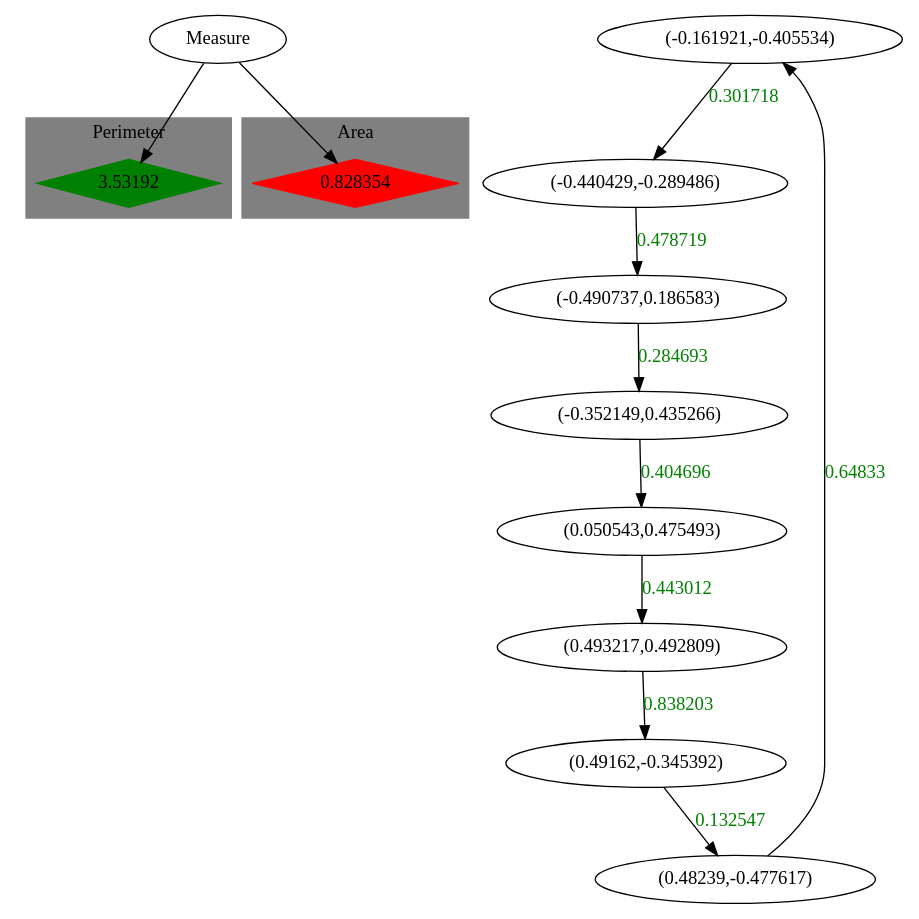
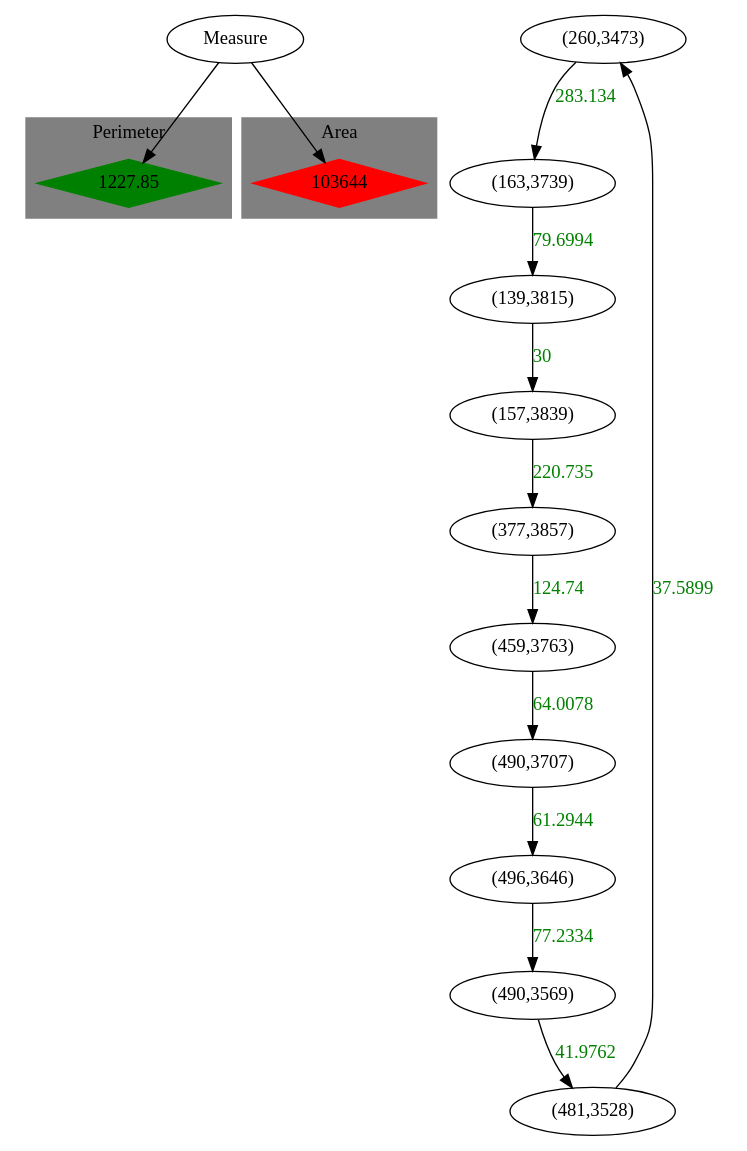
One commit to collinschr/CSC212-Project-Convex-Hull changed the diagram in convexhull.dot. Above: the diagram before and after it, drawn with Graphviz. The commit also changed 6 other files, not shown here.

```diff
--- a/convexhull.dot
+++ b/convexhull.dot
@@ -1,25 +1,27 @@
 digraph convexPoints {
 	subgraph cluster_0 {
 		style=filled;
 		color=grey;
 		node [style=filled,color=green,shape=diamond];
-		3.53192
+		1227.85
 		label = "Perimeter"
 	}subgraph cluster_1 {
 		style=filled;
 		color=grey;
 		node [style=filled,color=red,shape=diamond];
-		0.828354
+		103644
 		label = "Area"
 	}
-"Measure" -> "3.53192"
-"Measure" ->"0.828354"
-"(-0.161921,-0.405534)" -> "(-0.440429,-0.289486)"[label = <<font color="green">0.301718</font>>]
-"(-0.440429,-0.289486)" -> "(-0.490737,0.186583)"[label = <<font color="green">0.478719</font>>]
-"(-0.490737,0.186583)" -> "(-0.352149,0.435266)"[label = <<font color="green">0.284693</font>>]
-"(-0.352149,0.435266)" -> "(0.050543,0.475493)"[label = <<font color="green">0.404696</font>>]
-"(0.050543,0.475493)" -> "(0.493217,0.492809)"[label = <<font color="green">0.443012</font>>]
-"(0.493217,0.492809)" -> "(0.49162,-0.345392)"[label = <<font color="green">0.838203</font>>]
-"(0.49162,-0.345392)" -> "(0.48239,-0.477617)"[label = <<font color="green">0.132547</font>>]
-"(0.48239,-0.477617)" -> "(-0.161921,-0.405534)"[label = <<font color="green">0.64833</font>>]
+"Measure" -> "1227.85"
+"Measure" ->"103644"
+"(260,3473)" -> "(163,3739)"[label = <<font color="green">283.134</font>>]
+"(163,3739)" -> "(139,3815)"[label = <<font color="green">79.6994</font>>]
+"(139,3815)" -> "(157,3839)"[label = <<font color="green">30</font>>]
+"(157,3839)" -> "(377,3857)"[label = <<font color="green">220.735</font>>]
+"(377,3857)" -> "(459,3763)"[label = <<font color="green">124.74</font>>]
+"(459,3763)" -> "(490,3707)"[label = <<font color="green">64.0078</font>>]
+"(490,3707)" -> "(496,3646)"[label = <<font color="green">61.2944</font>>]
+"(496,3646)" -> "(490,3569)"[label = <<font color="green">77.2334</font>>]
+"(490,3569)" -> "(481,3528)"[label = <<font color="green">41.9762</font>>]
+"(481,3528)" -> "(260,3473)"[label = <<font color="green">37.5899</font>>]
 }
```
